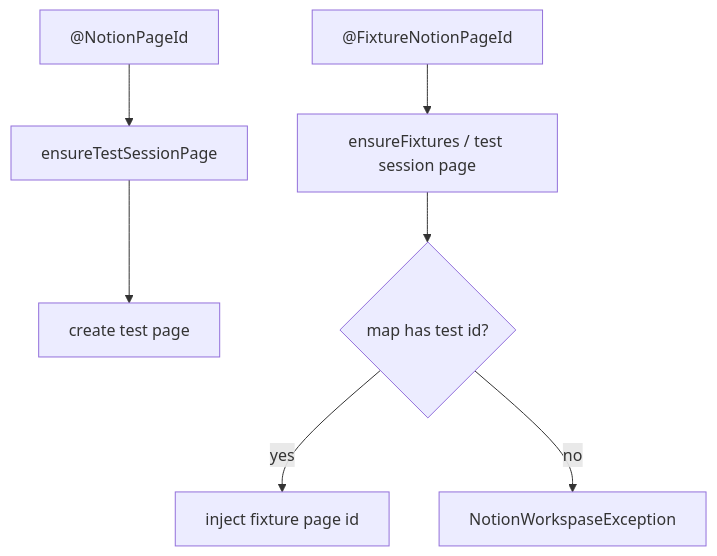
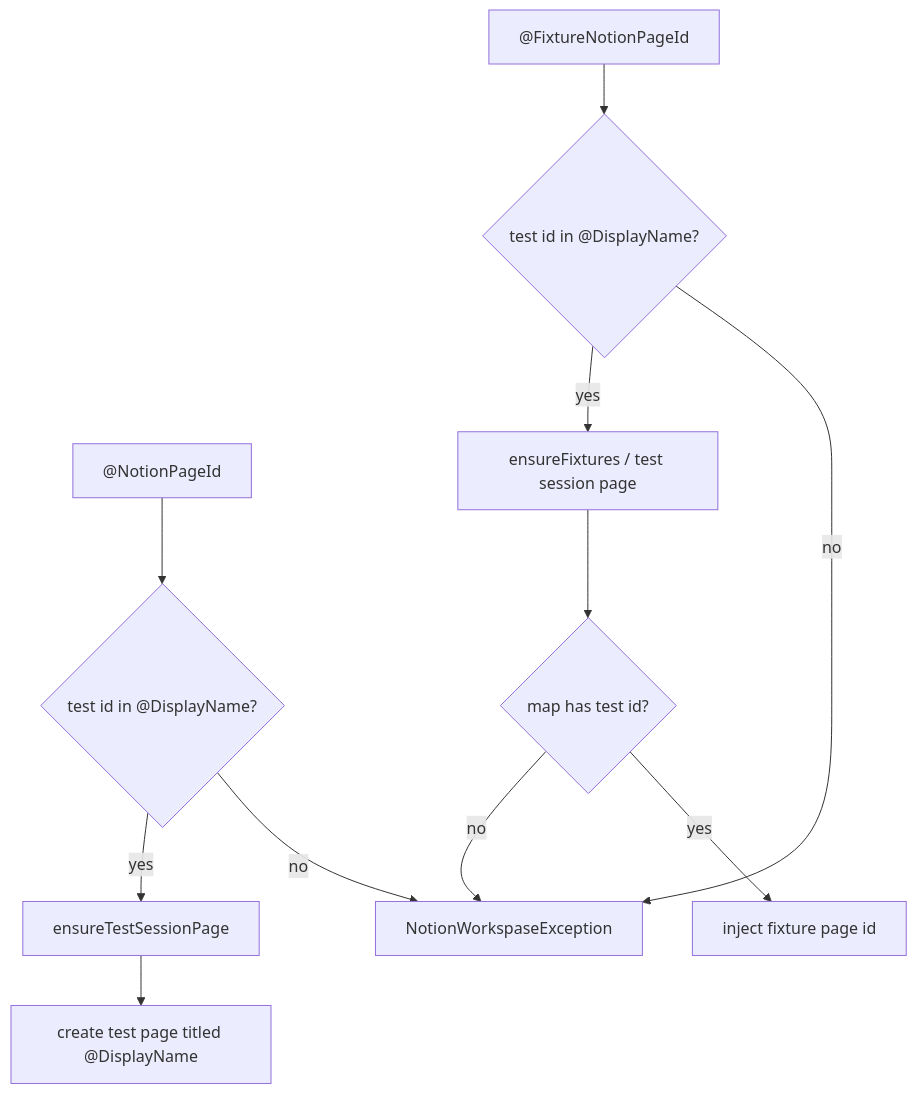
One commit to kristaxlab/notion-sdk changed the fourth of 4 diagrams in docs/internals/testkit.md. Above: the diagram before and after it, drawn with Mermaid. The commit also changed other lines of this file and 7 other files, not shown here.

````diff
--- a/docs/internals/testkit.md
+++ b/docs/internals/testkit.md
@@ -201,9 +203,13 @@
 ```mermaid
 flowchart TD
-  A["@NotionPageId"] --> B["ensureTestSessionPage"]
-  B --> C["create test page"]
-  D["@FixtureNotionPageId"] --> E["ensureFixtures / test session page"]
-  E --> F{"map has test id?"}
-  F -->|yes| G["inject fixture page id"]
-  F -->|no| H["NotionWorkspaseException"]
+  A["@NotionPageId"] --> B{"test id in @DisplayName?"}
+  B -->|no| C["NotionWorkspaseException"]
+  B -->|yes| D["ensureTestSessionPage"]
+  D --> E["create test page titled @DisplayName"]
+  F["@FixtureNotionPageId"] --> G{"test id in @DisplayName?"}
+  G -->|no| C
+  G -->|yes| H["ensureFixtures / test session page"]
+  H --> I{"map has test id?"}
+  I -->|yes| J["inject fixture page id"]
+  I -->|no| C
 ```
````
